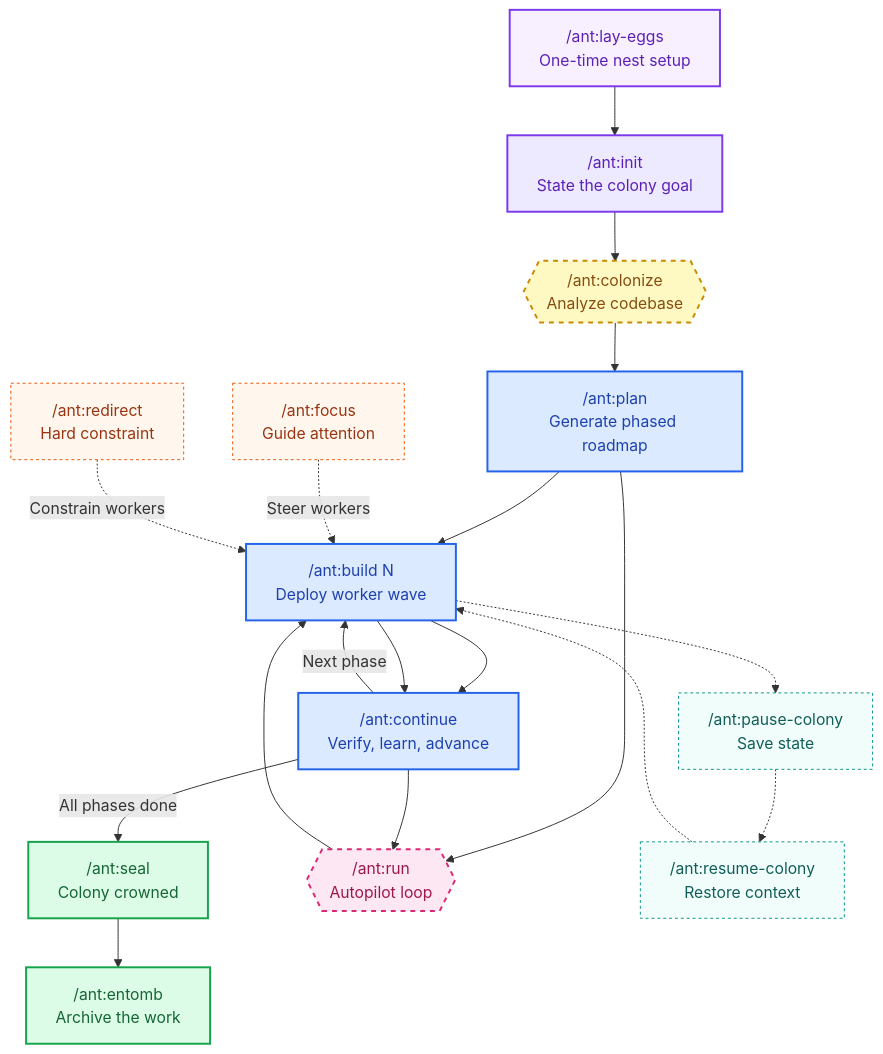
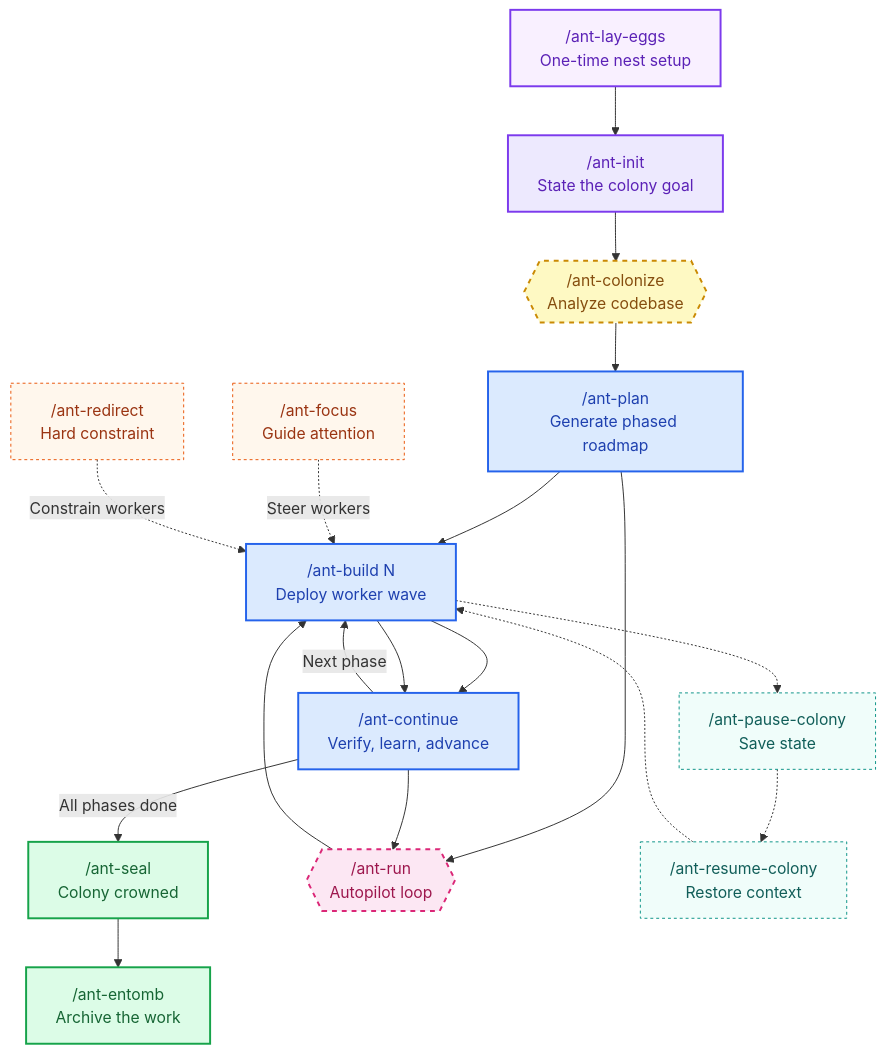
One commit to davidwuchn/Aether changed the diagram in README.md. Above: the diagram before and after it, drawn with Mermaid. The commit also changed other lines of this file and 455 other files, not shown here.

````diff
--- a/README.md
+++ b/README.md
@@ -313,59 +313,59 @@
 ```mermaid
 flowchart TD
     %% Node styles
-    node["/ant:lay-eggs\nOne-time nest setup"]:::setup
-    node2["/ant:init\nState the colony goal"]:::init
-    colonize{{"/ant:colonize\nAnalyze codebase"}}:::optional
-    plan["/ant:plan\nGenerate phased roadmap"]:::phase
-    build["/ant:build N\nDeploy worker wave"]:::phase
-    continue["/ant:continue\nVerify, learn, advance"]:::phase
-    seal["/ant:seal\nColony crowned"]:::complete
-    entomb["/ant:entomb\nArchive the work"]:::complete
+    node["/ant-lay-eggs\nOne-time nest setup"]:::setup
+    node2["/ant-init\nState the colony goal"]:::init
+    colonize{{"/ant-colonize\nAnalyze codebase"}}:::optional
+    plan["/ant-plan\nGenerate phased roadmap"]:::phase
+    build["/ant-build N\nDeploy worker wave"]:::phase
+    continue["/ant-continue\nVerify, learn, advance"]:::phase
+    seal["/ant-seal\nColony crowned"]:::complete
+    entomb["/ant-entomb\nArchive the work"]:::complete
 
     %% Autopilot
-    run{{"/ant:run\nAutopilot loop"}}:::autopilot
+    run{{"/ant-run\nAutopilot loop"}}:::autopilot
 
     %% Signals
-    focus["/ant:focus\nGuide attention"]:::signal
-    redirect["/ant:redirect\nHard constraint"]:::signal
+    focus["/ant-focus\nGuide attention"]:::signal
+    redirect["/ant-redirect\nHard constraint"]:::signal
 
     %% Session management
-    pause["/ant:pause-colony\nSave state"]:::session
-    resume["/ant:resume-colony\nRestore context"]:::session
+    pause["/ant-pause-colony\nSave state"]:::session
+    resume["/ant-resume-colony\nRestore context"]:::session
 
     %% Connections
     node --> node2
     node2 --> colonize
     colonize --> plan
     plan --> build
     build --> continue
 
     continue -->|"Next phase"| build
     continue -->|"All phases done"| seal
     seal --> entomb
 
     %% Autopilot path
     plan --> run
     run --> build
     build --> continue
     continue --> run
 
     %% Signal inputs
     focus -.->|"Steer workers"| build
     redirect -.->|"Constrain workers"| build
 
     %% Session management
     build -.-> pause
     pause -.-> resume
     resume -.-> build
 
     %% Styling
     classDef setup fill:#f9f0ff,stroke:#7c3aed,stroke-width:2px,color:#5b21b6
     classDef init fill:#ede9fe,stroke:#7c3aed,stroke-width:2px,color:#5b21b6
     classDef phase fill:#dbeafe,stroke:#2563eb,stroke-width:2px,color:#1e40af
     classDef optional fill:#fef9c3,stroke:#ca8a04,stroke-width:2px,color:#854d0e,stroke-dasharray:5 5
     classDef complete fill:#dcfce7,stroke:#16a34a,stroke-width:2px,color:#166534
     classDef autopilot fill:#fce7f3,stroke:#db2777,stroke-width:2px,color:#9d174d,stroke-dasharray:5 5
     classDef signal fill:#fff7ed,stroke:#ea580c,stroke-width:1px,color:#9a3412,stroke-dasharray:3 3
     classDef session fill:#f0fdfa,stroke:#0d9488,stroke-width:1px,color:#115e59,stroke-dasharray:3 3
 ```
````
